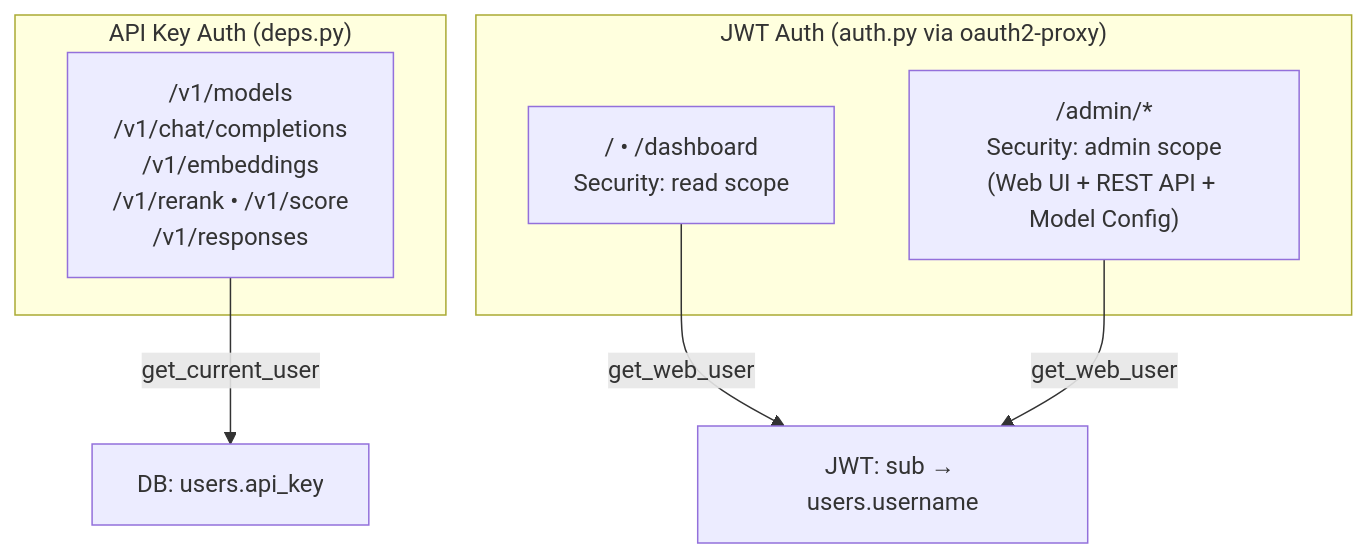
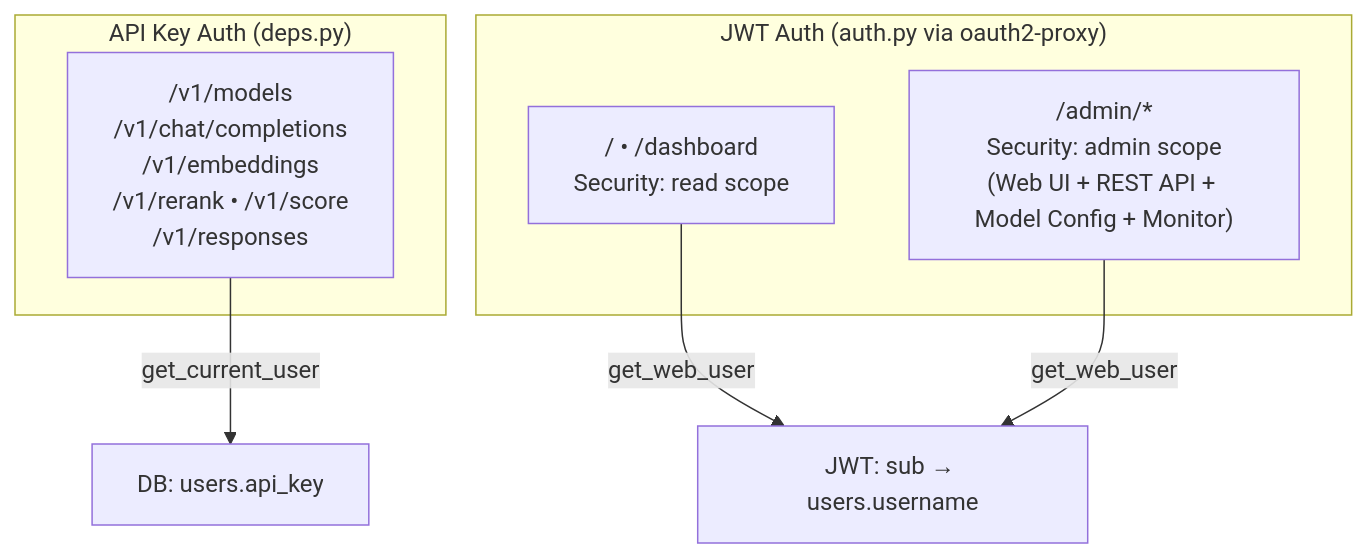
Before and after one commit to bwinken/llm-gateway: the second of 2 diagrams in app/routers/README.md, drawn with Mermaid. The commit also changed other lines of this file and 7 other files, not shown here.

````diff
--- a/app/routers/README.md
+++ b/app/routers/README.md
@@ -125,15 +128,15 @@
 ```mermaid
 graph TD
     subgraph "API Key Auth (deps.py)"
         V1["/v1/models<br/>/v1/chat/completions<br/>/v1/embeddings<br/>/v1/rerank • /v1/score<br/>/v1/responses"]
     end
 
     subgraph "JWT Auth (auth.py via oauth2-proxy)"
         Dashboard["/ • /dashboard<br/>Security: read scope"]
-        Admin["/admin/*<br/>Security: admin scope<br/>(Web UI + REST API + Model Config)"]
+        Admin["/admin/*<br/>Security: admin scope<br/>(Web UI + REST API + Model Config + Monitor)"]
     end
 
     V1 -->|get_current_user| DB["DB: users.api_key"]
     Dashboard -->|get_web_user| JWT["JWT: sub → users.username"]
     Admin -->|get_web_user| JWT
 ```
````
